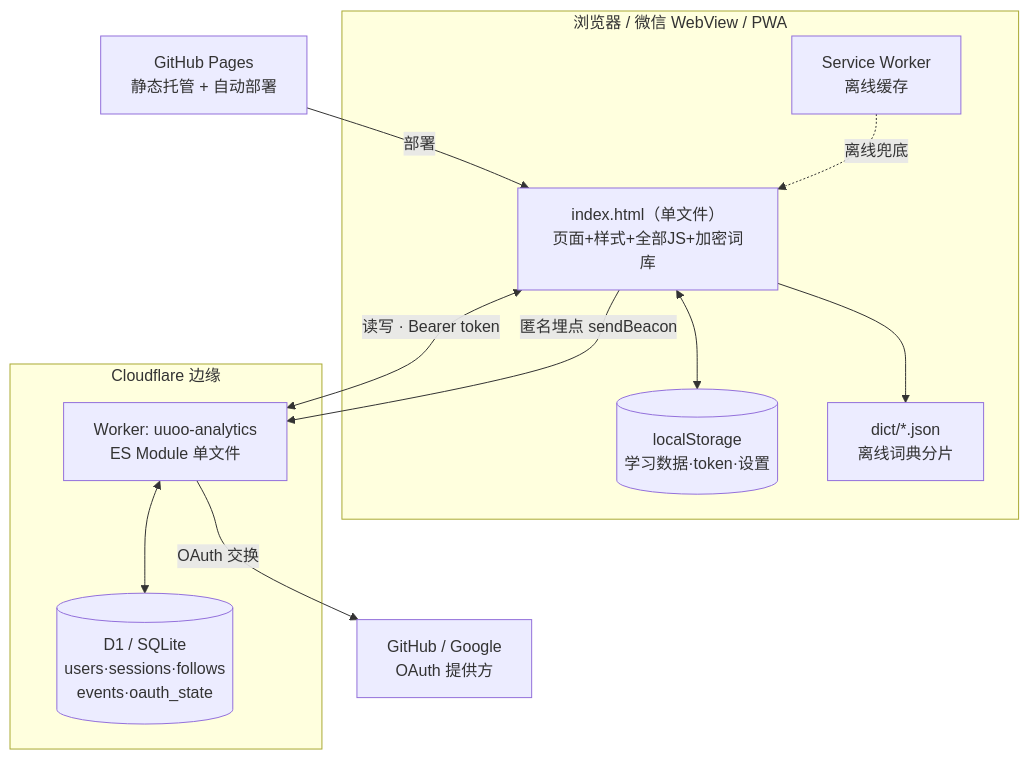
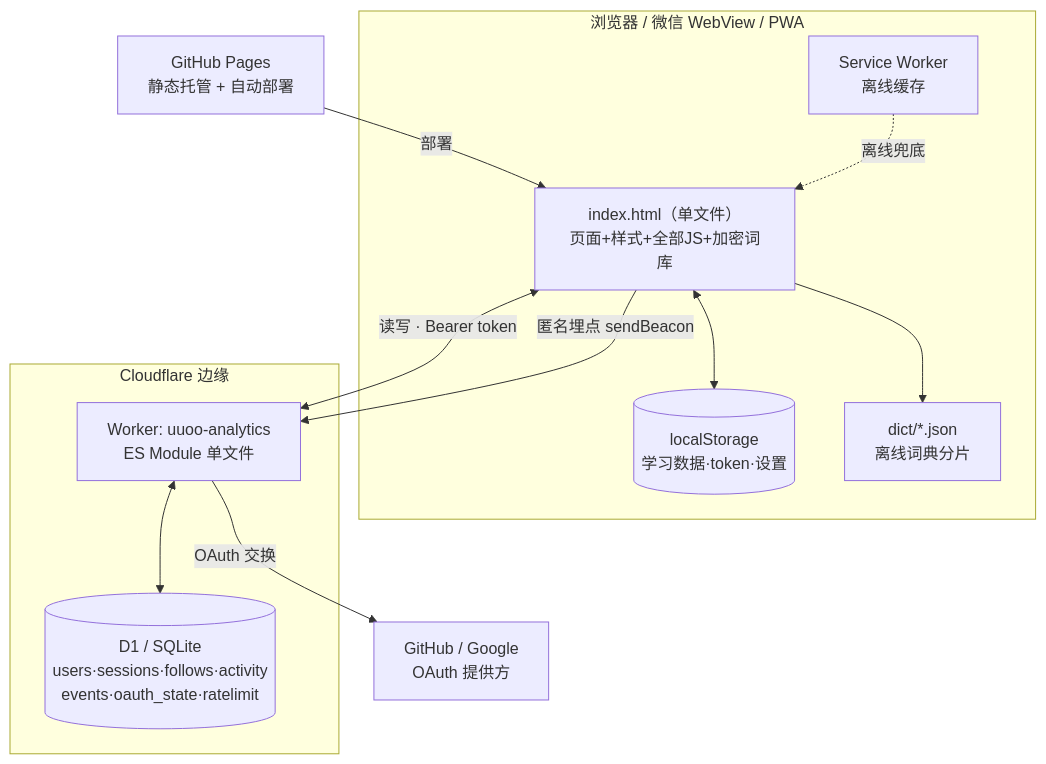
The first of 6 diagrams in docs/ARCHITECTURE.md (717986230/deutsch-lernen-site), drawn with Mermaid before and after one commit. The commit also changed other lines of this file and 1 other file, not shown here.

````diff
--- a/docs/ARCHITECTURE.md
+++ b/docs/ARCHITECTURE.md
@@ -10,26 +10,26 @@
 ```mermaid
 flowchart TB
   subgraph Client["浏览器 / 微信 WebView / PWA"]
     IDX["index.html（单文件）\n页面+样式+全部JS+加密词库"]
     LS[("localStorage\n学习数据·token·设置")]
     SW["Service Worker\n离线缓存"]
     DICT["dict/*.json\n离线词典分片"]
   end
 
   subgraph Edge["Cloudflare 边缘"]
     W["Worker: uuoo-analytics\nES Module 单文件"]
-    D1[("D1 / SQLite\nusers·sessions·follows\nevents·oauth_state")]
+    D1[("D1 / SQLite\nusers·sessions·follows·activity\nevents·oauth_state·ratelimit")]
   end
 
   GH["GitHub Pages\n静态托管 + 自动部署"]
   OA["GitHub / Google\nOAuth 提供方"]
 
   IDX <-->|"读写 · Bearer token"| W
   IDX -->|"匿名埋点 sendBeacon"| W
   W <--> D1
   W -->|"OAuth 交换"| OA
   GH -->|"部署"| IDX
   IDX <--> LS
   SW -.离线兜底.-> IDX
   IDX --> DICT
 ```
````
